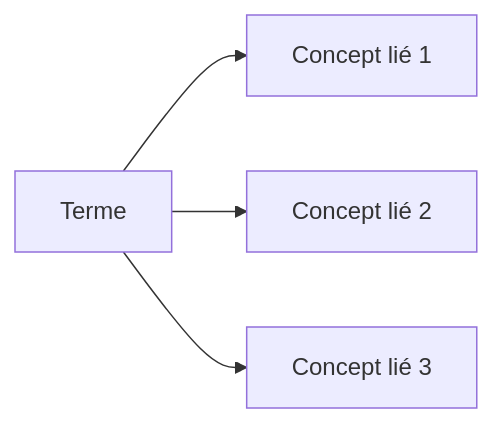
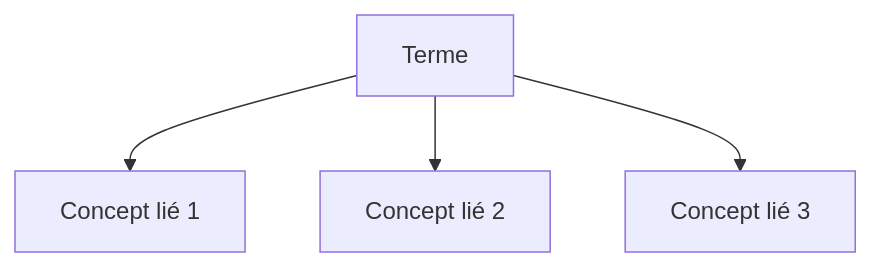
Before and after one commit to zyrass/omnydocs: the diagram in docs/glossaire/introduction.md, drawn with Mermaid. The commit also changed other lines of this file and 1780 other files, not shown here.

````diff
--- a/docs/glossaire/introduction.md
+++ b/docs/glossaire/introduction.md
@@ -48,6 +54,6 @@
-    ```mermaid
-    graph LR
-        A[Terme] --> B[Concept lié 1]
-        A --> C[Concept lié 2]
-        A --> D[Concept lié 3]
-    ```
+```mermaid
+graph TB
+    A[Terme] --> B[Concept lié 1]
+    A --> C[Concept lié 2]
+    A --> D[Concept lié 3]
+```
````
